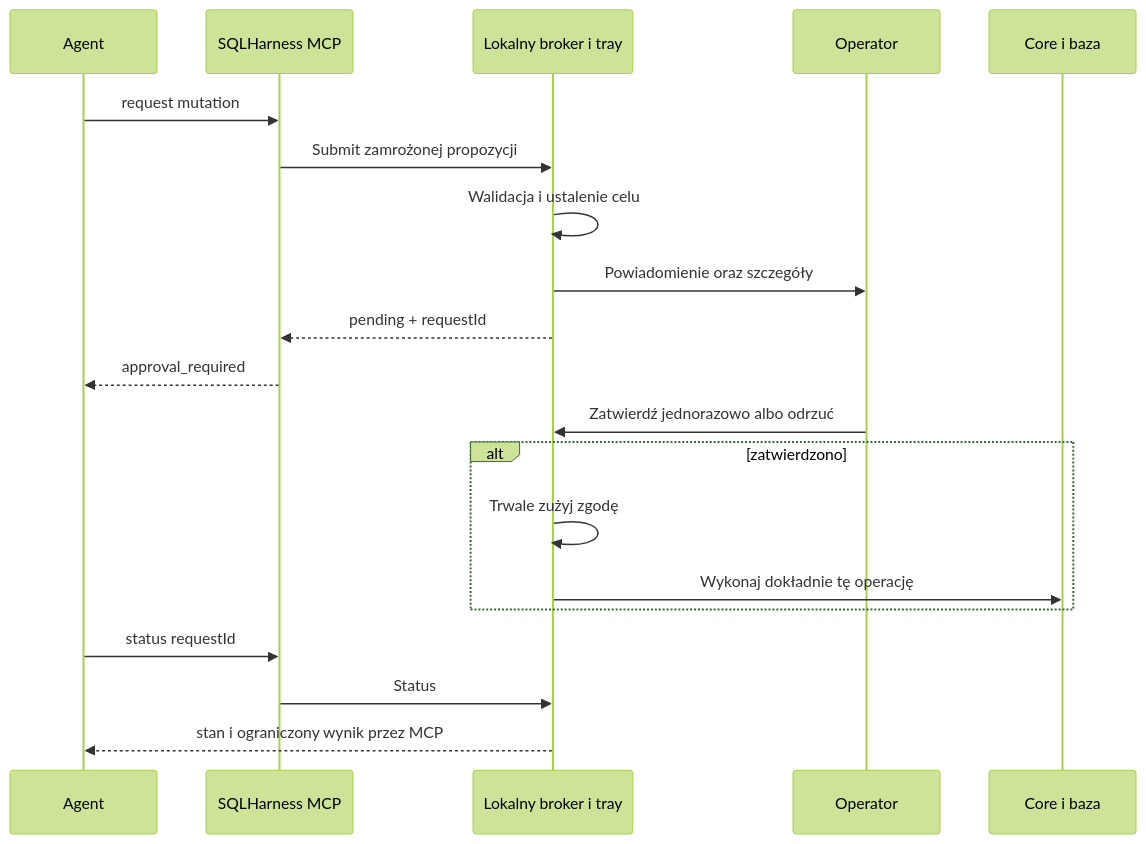
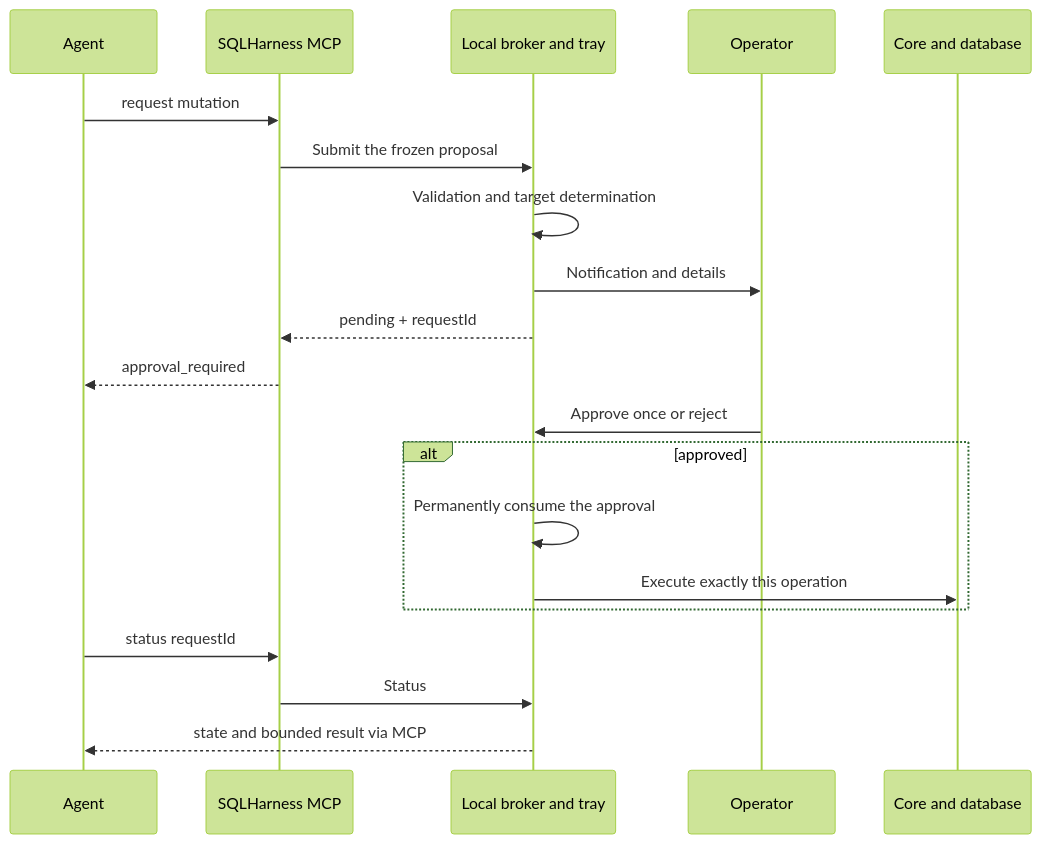
One commit to rgonek/sqlharness changed the diagram in docs/superpowers/specs/2026-09-26-windows-approval-tray-design.md. Above: the diagram before and after it, drawn with Mermaid (forest theme). The commit also changed other lines of this file and 52 other files, not shown here.

````diff
--- a/docs/superpowers/specs/2026-09-26-windows-approval-tray-design.md
+++ b/docs/superpowers/specs/2026-09-26-windows-approval-tray-design.md
@@ -28,22 +28,22 @@
 ```mermaid
 sequenceDiagram
     participant A as Agent
     participant M as SQLHarness MCP
-    participant B as Lokalny broker i tray
+    participant B as Local broker and tray
     participant U as Operator
-    participant C as Core i baza
+    participant C as Core and database
     A->>M: request mutation
-    M->>B: Submit zamrożonej propozycji
-    B->>B: Walidacja i ustalenie celu
-    B->>U: Powiadomienie oraz szczegóły
+    M->>B: Submit the frozen proposal
+    B->>B: Validation and target determination
+    B->>U: Notification and details
     B-->>M: pending + requestId
     M-->>A: approval_required
-    U->>B: Zatwierdź jednorazowo albo odrzuć
-    alt zatwierdzono
-        B->>B: Trwale zużyj zgodę
-        B->>C: Wykonaj dokładnie tę operację
+    U->>B: Approve once or reject
+    alt approved
+        B->>B: Permanently consume the approval
+        B->>C: Execute exactly this operation
     end
     A->>M: status requestId
     M->>B: Status
-    B-->>A: stan i ograniczony wynik przez MCP
+    B-->>A: state and bounded result via MCP
 ```
````
